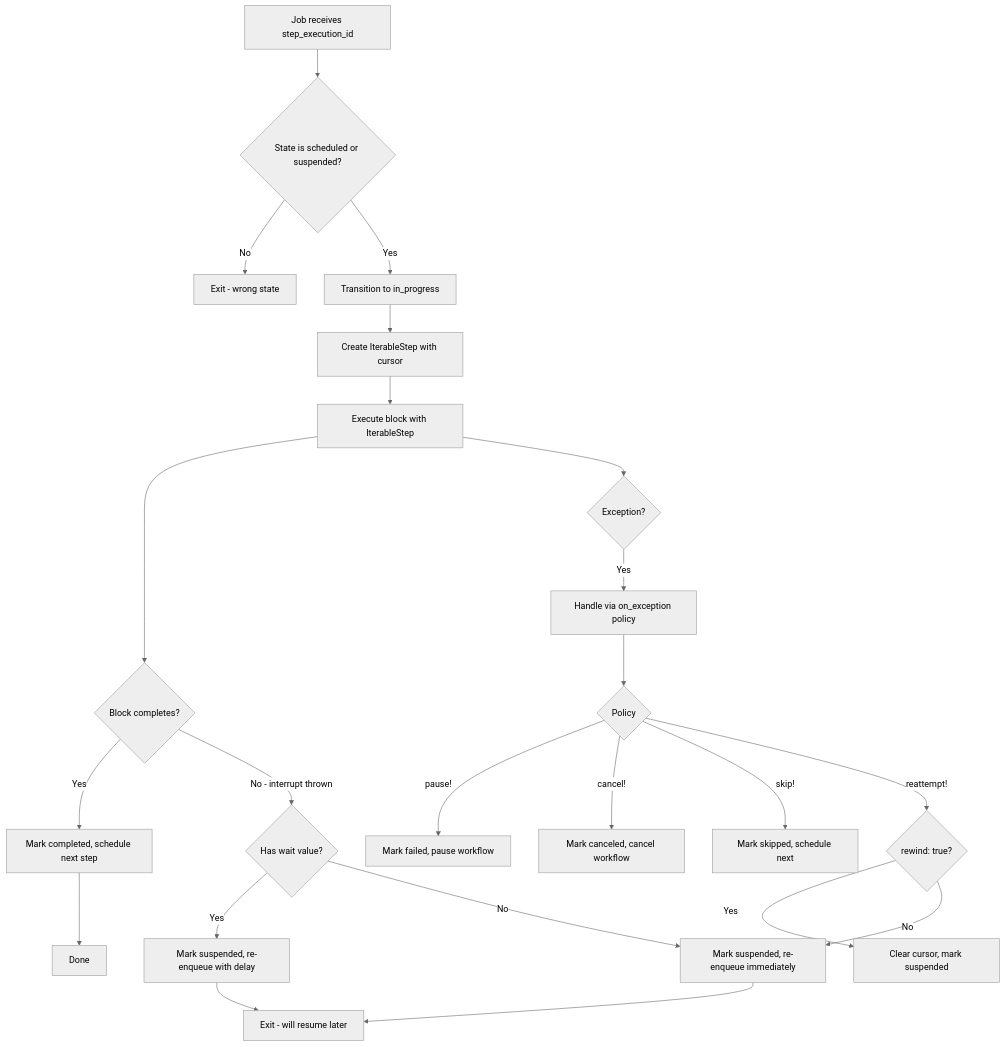
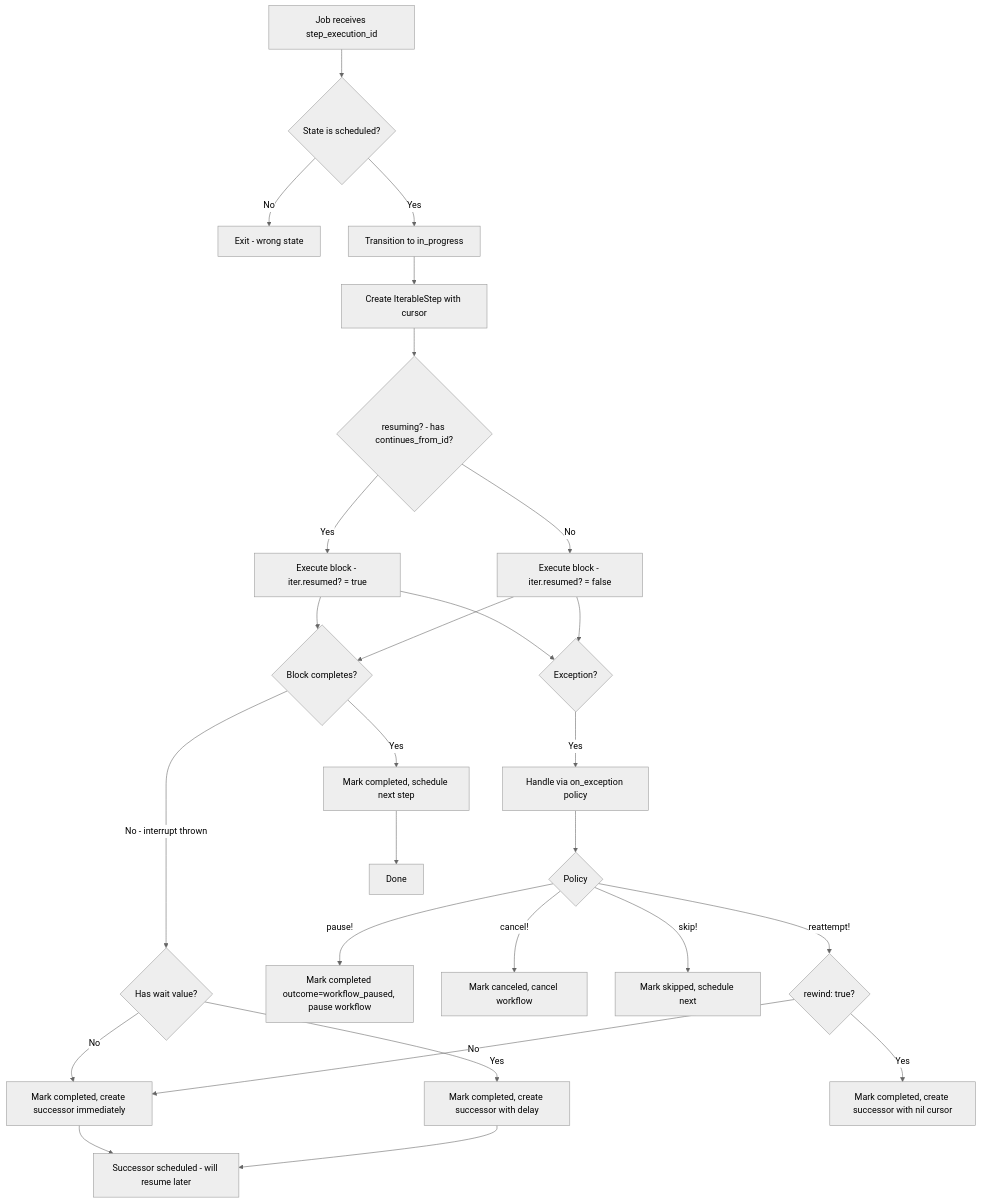
One commit to julik/geneva_drive changed the second of 2 diagrams in llm/RESUMABLE_STEPS_DESIGN.md. Above: the diagram before and after it, drawn with Mermaid (neutral theme). The commit also changed other lines of this file and 24 other files, not shown here.

````diff
--- a/llm/RESUMABLE_STEPS_DESIGN.md
+++ b/llm/RESUMABLE_STEPS_DESIGN.md
@@ -464,30 +498,34 @@
 ```mermaid
 flowchart TD
-    A[Job receives step_execution_id] --> B{State is scheduled or suspended?}
+    A[Job receives step_execution_id] --> B{State is scheduled?}
     B -->|No| Z[Exit - wrong state]
     B -->|Yes| C[Transition to in_progress]
 
     C --> D[Create IterableStep with cursor]
-    D --> E[Execute block with IterableStep]
+    D --> D2{resuming? - has continues_from_id?}
+    D2 -->|Yes| E[Execute block - iter.resumed? = true]
+    D2 -->|No| E2[Execute block - iter.resumed? = false]
 
     E --> F{Block completes?}
+    E2 --> F
     F -->|Yes| G[Mark completed, schedule next step]
     F -->|No - interrupt thrown| H{Has wait value?}
-    H -->|Yes| M2[Mark suspended, re-enqueue with delay]
-    H -->|No| M[Mark suspended, re-enqueue immediately]
+    H -->|Yes| M2[Mark completed, create successor with delay]
+    H -->|No| M[Mark completed, create successor immediately]
 
     E --> I{Exception?}
+    E2 --> I
     I -->|Yes| J[Handle via on_exception policy]
 
     J --> O{Policy}
-    O -->|pause!| P[Mark failed, pause workflow]
+    O -->|pause!| P[Mark completed outcome=workflow_paused, pause workflow]
     O -->|cancel!| Q[Mark canceled, cancel workflow]
     O -->|skip!| R[Mark skipped, schedule next]
     O -->|reattempt!| S{rewind: true?}
-    S -->|Yes| T[Clear cursor, mark suspended]
+    S -->|Yes| T[Mark completed, create successor with nil cursor]
     S -->|No| M
 
-    M --> N[Exit - will resume later]
+    M --> N[Successor scheduled - will resume later]
     M2 --> N
     G --> Z2[Done]
 ```
````
